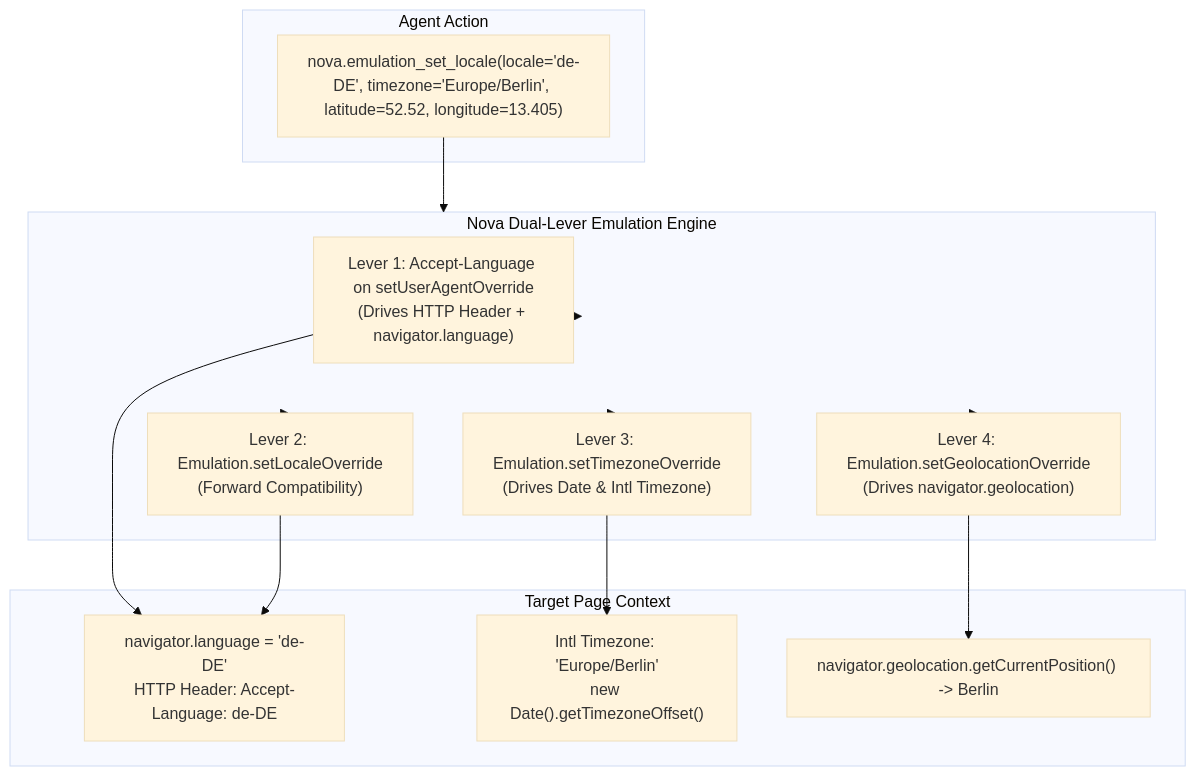
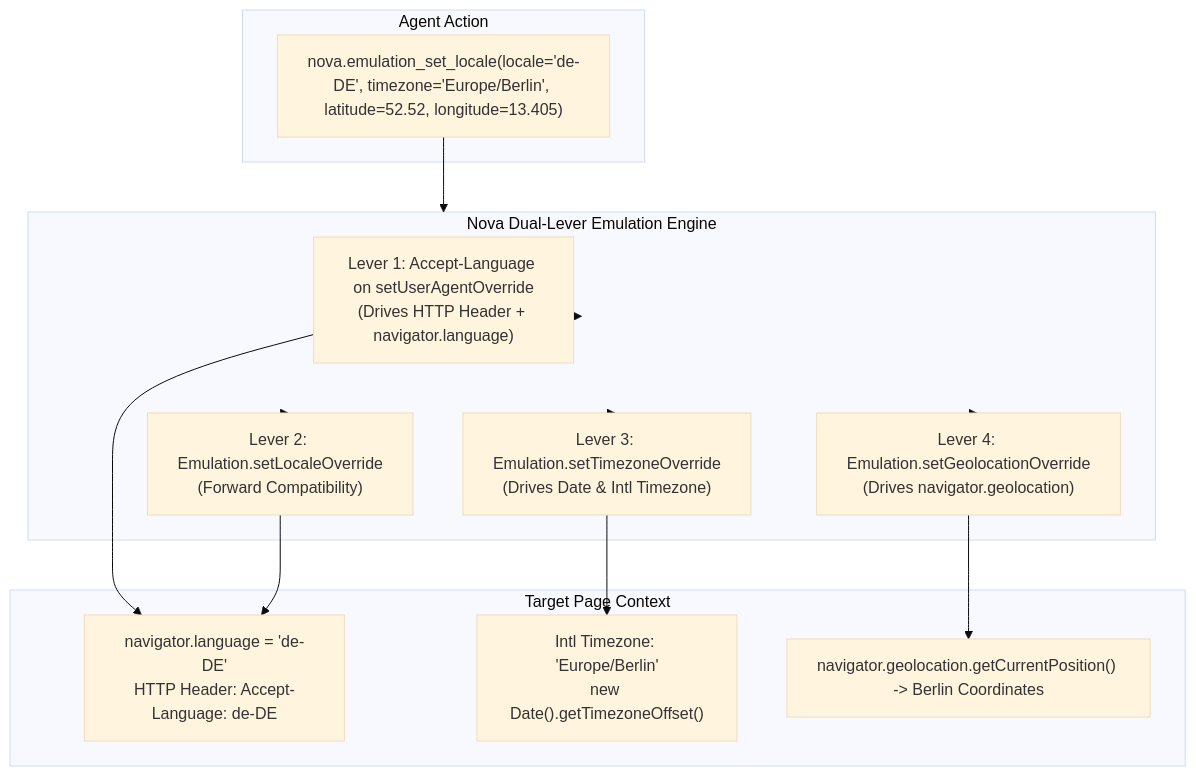
Before and after one commit to joelaniol/nova: the diagram in docs/core-features/device-emulation/locale-timezone-and-geolocation/README.md, drawn with Mermaid (base theme). The commit also changed other lines of this file and 128 other files, not shown here.

````diff
--- a/docs/core-features/device-emulation/locale-timezone-and-geolocation/README.md
+++ b/docs/core-features/device-emulation/locale-timezone-and-geolocation/README.md
@@ -19,25 +36,25 @@
 ```mermaid
 flowchart TD
     subgraph AgentCall["Agent Action"]
         A["nova.emulation_set_locale(locale='de-DE', timezone='Europe/Berlin', latitude=52.52, longitude=13.405)"]
     end
 
     subgraph DualLeverEngine["Nova Dual-Lever Emulation Engine"]
         L1["Lever 1: Accept-Language on setUserAgentOverride<br/>(Drives HTTP Header + navigator.language)"]
         L2["Lever 2: Emulation.setLocaleOverride<br/>(Forward Compatibility)"]
         L3["Lever 3: Emulation.setTimezoneOverride<br/>(Drives Date & Intl Timezone)"]
         L4["Lever 4: Emulation.setGeolocationOverride<br/>(Drives navigator.geolocation)"]
     end
 
     subgraph PageContext["Target Page Context"]
         P1["navigator.language = 'de-DE'<br/>HTTP Header: Accept-Language: de-DE"]
         P2["Intl Timezone: 'Europe/Berlin'<br/>new Date().getTimezoneOffset()"]
-        P3["navigator.geolocation.getCurrentPosition() -> Berlin"]
+        P3["navigator.geolocation.getCurrentPosition() -> Berlin Coordinates"]
     end
 
     A --> DualLeverEngine
     DualLeverEngine --> L1 & L2 & L3 & L4
     L1 & L2 --> P1
     L3 --> P2
     L4 --> P3
 ```
````
